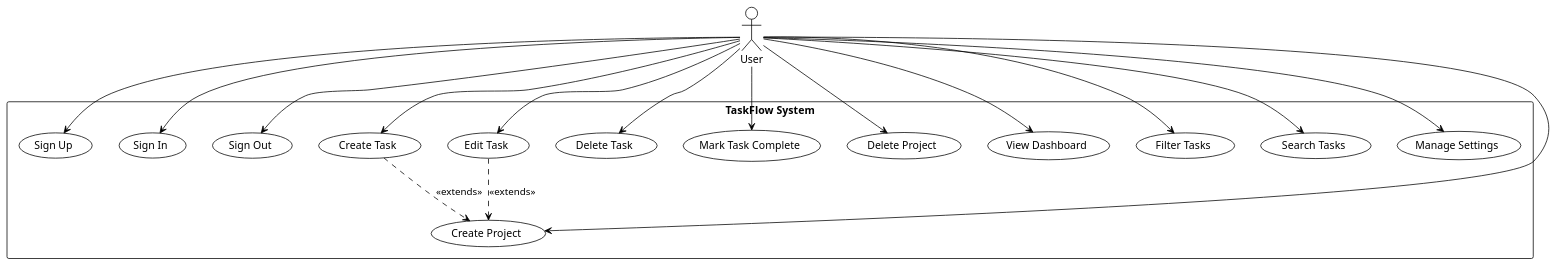
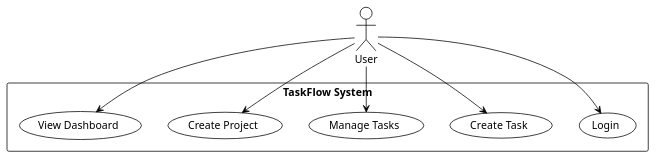
One commit to Karthik7664/task_management changed the diagram in docs/diagrams/use-case-diagram.puml. Above: the diagram before and after it, drawn with PlantUML. The commit also changed 4 other files, not shown here.

Commit message:
Simplify UML Diagrams

```diff
--- a/docs/diagrams/use-case-diagram.puml
+++ b/docs/diagrams/use-case-diagram.puml
@@ -1,40 +1,21 @@
 @startuml
 !theme plain
 skinparam backgroundColor white
 
 actor User as U
 
 rectangle "TaskFlow System" {
-  usecase "Sign Up" as UC1
-  usecase "Sign In" as UC2
-  usecase "Sign Out" as UC3
-  usecase "Create Task" as UC4
-  usecase "Edit Task" as UC5
-  usecase "Delete Task" as UC6
-  usecase "Mark Task Complete" as UC7
-  usecase "Create Project" as UC8
-  usecase "Delete Project" as UC9
-  usecase "View Dashboard" as UC10
-  usecase "Filter Tasks" as UC11
-  usecase "Search Tasks" as UC12
-  usecase "Manage Settings" as UC13
+  usecase "Login" as UC1
+  usecase "Create Task" as UC2
+  usecase "Manage Tasks" as UC3
+  usecase "Create Project" as UC4
+  usecase "View Dashboard" as UC5
 }
 
 U --> UC1
 U --> UC2
 U --> UC3
 U --> UC4
 U --> UC5
-U --> UC6
-U --> UC7
-U --> UC8
-U --> UC9
-U --> UC10
-U --> UC11
-U --> UC12
-U --> UC13
-
-UC4 ..> UC8 : <<extends>>
-UC5 ..> UC8 : <<extends>>
 
 @enduml
```
